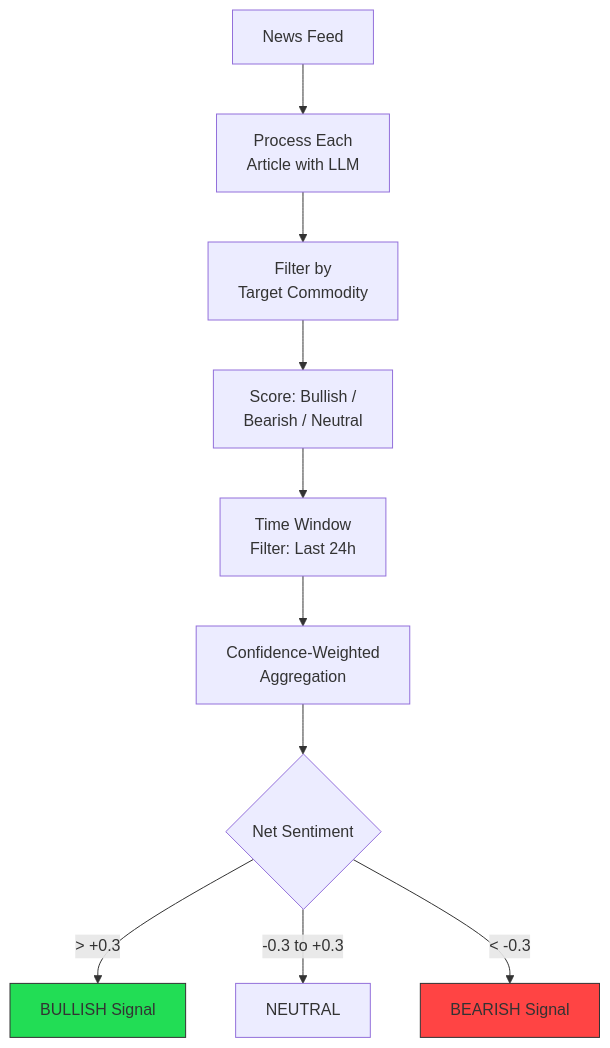
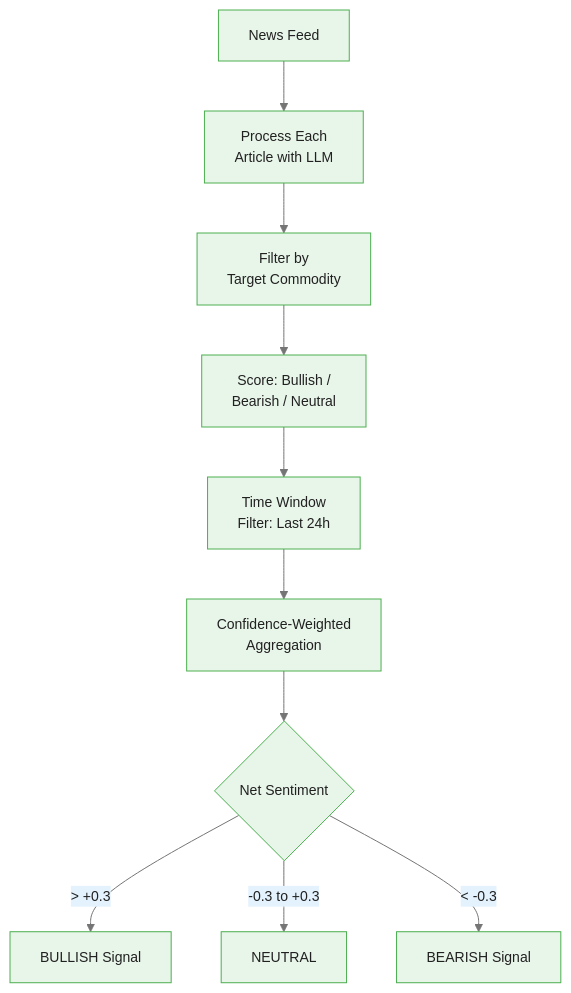
Before and after one commit to m-deane/course-creator: the fourth of 7 diagrams in courses/genai-commodities/modules/module_03_sentiment/guides/01_news_sentiment_slides.md, drawn with Mermaid. The commit also changed other lines of this file and 84 other files, not shown here.

````diff
--- a/courses/genai-commodities/modules/module_03_sentiment/guides/01_news_sentiment_slides.md
+++ b/courses/genai-commodities/modules/module_03_sentiment/guides/01_news_sentiment_slides.md
@@ -281,17 +309,15 @@
 ```mermaid
+%%{init: {"theme": "base", "themeVariables": {"primaryColor": "#e8f5e9", "primaryBorderColor": "#4caf50", "primaryTextColor": "#212121", "secondaryColor": "#e3f2fd", "tertiaryColor": "#fff8e1", "lineColor": "#757575", "fontFamily": "Inter, sans-serif", "fontSize": "14px"}}}%%
 flowchart TD
     A[News Feed] --> B[Process Each<br/>Article with LLM]
     B --> C[Filter by<br/>Target Commodity]
     C --> D[Score: Bullish /<br/>Bearish / Neutral]
     D --> E[Time Window<br/>Filter: Last 24h]
 
     E --> F[Confidence-Weighted<br/>Aggregation]
     F --> G{Net Sentiment}
 
     G -->|> +0.3| H[BULLISH Signal]
     G -->|-0.3 to +0.3| I[NEUTRAL]
     G -->|< -0.3| J[BEARISH Signal]
-
-    style H fill:#2d5,stroke:#333
-    style J fill:#f44,stroke:#333
 ```
````
